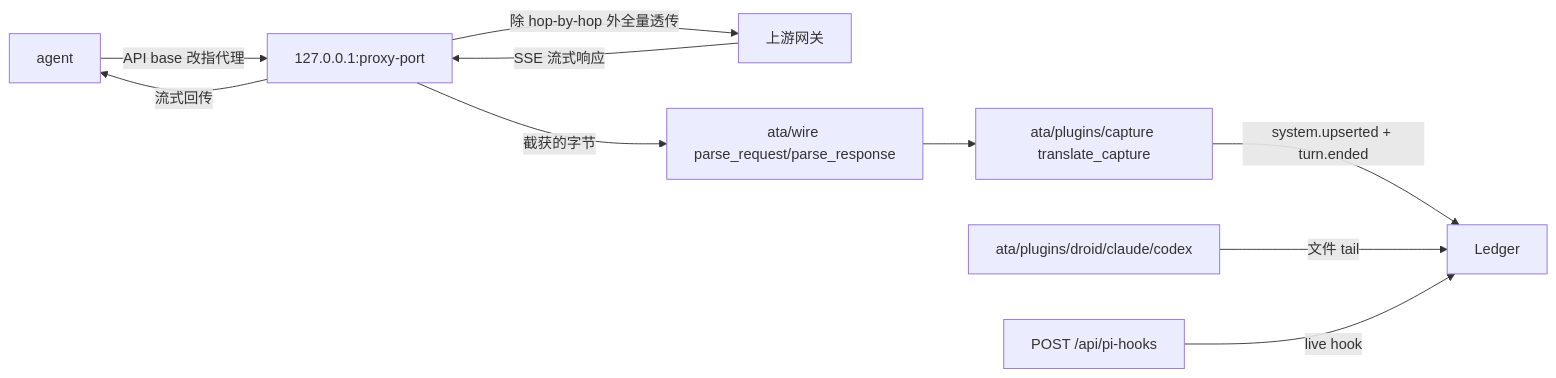
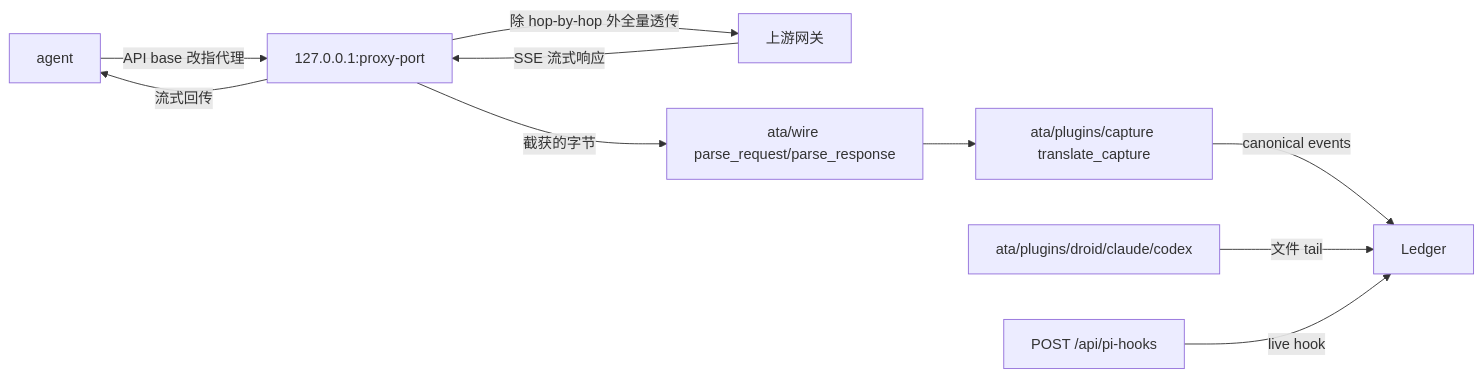
One commit to PisK4/agent-trace-analysis changed the diagram in docs/features/proxy-capture-channel.md. Above: the diagram before and after it, drawn with Mermaid. The commit also changed other lines of this file and 4 other files, not shown here.

````diff
--- a/docs/features/proxy-capture-channel.md
+++ b/docs/features/proxy-capture-channel.md
@@ -14,12 +14,12 @@
 ```mermaid
 flowchart LR
   A[agent] -->|API base 改指代理| P[127.0.0.1:proxy-port]
   P -->|除 hop-by-hop 外全量透传| U[上游网关]
   U -->|SSE 流式响应| P
   P -->|流式回传| A
   P -->|截获的字节| W[ata/wire parse_request/parse_response]
   W --> C[ata/plugins/capture translate_capture]
-  C -->|system.upserted + turn.ended| L[Ledger]
+  C -->|canonical events| L[Ledger]
   T[ata/plugins/droid/claude/codex] -->|文件 tail| L
   H[POST /api/pi-hooks] -->|live hook| L
 ```
````
